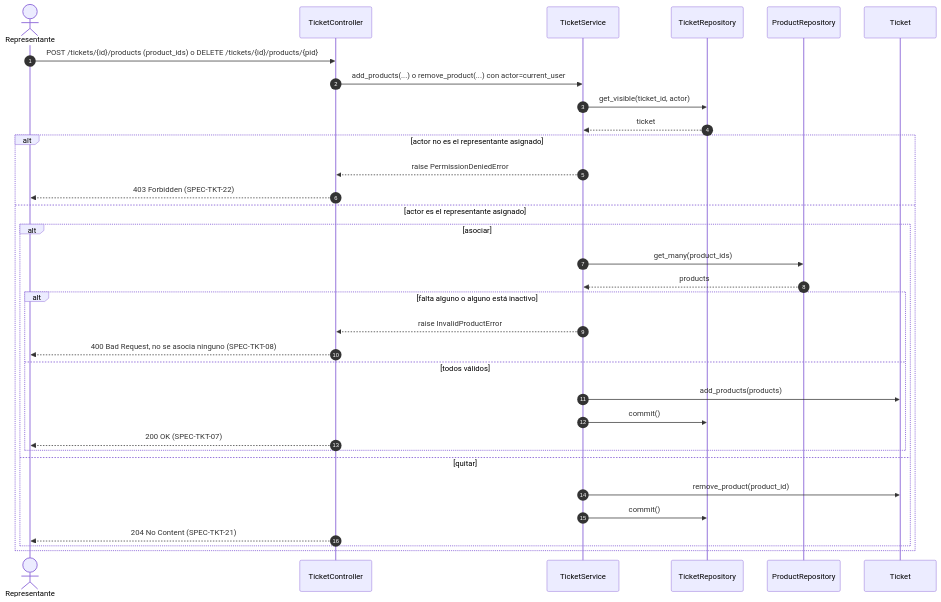
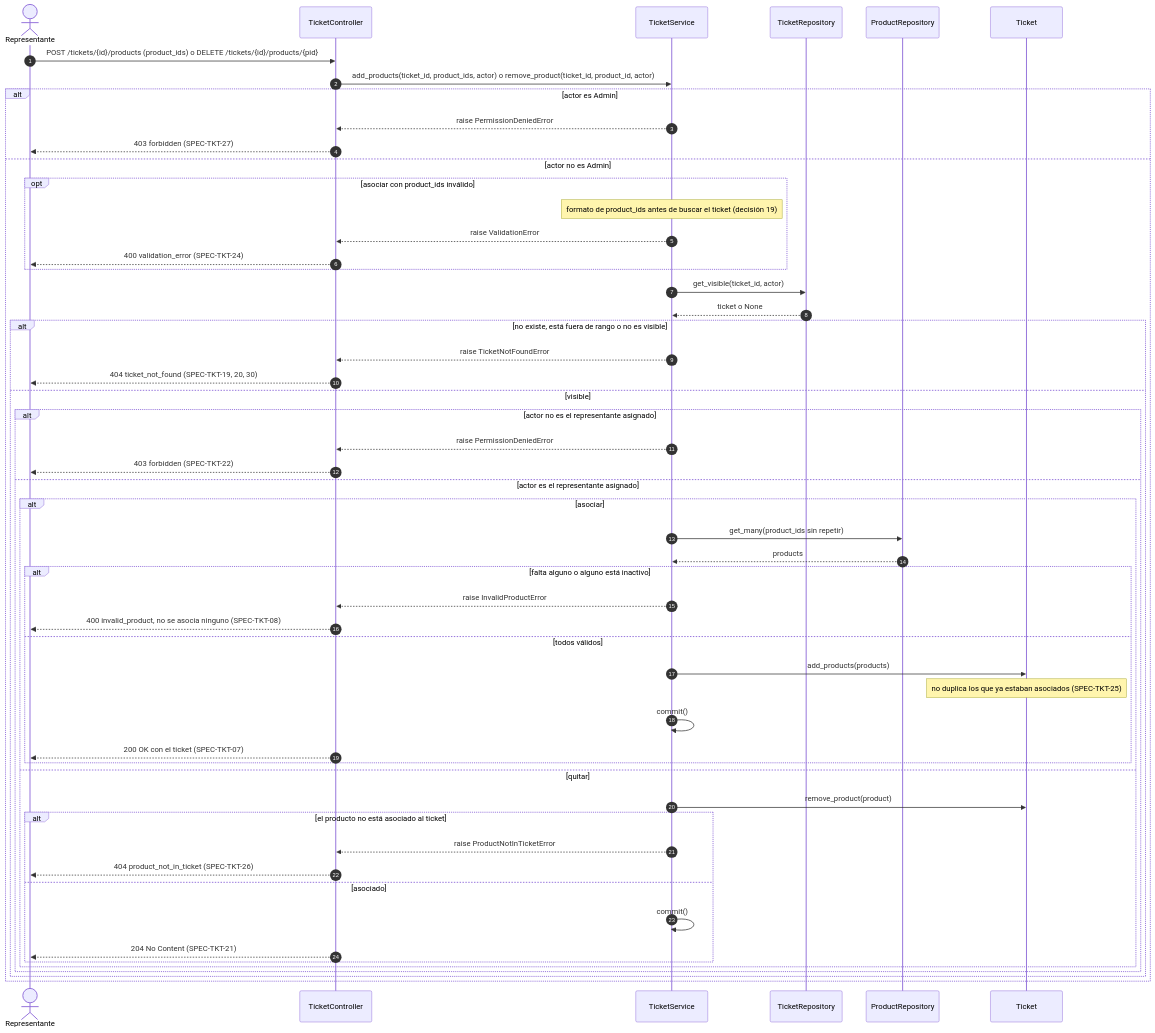
One commit to Diazfe-dev/AyED-III-python-ticket-service changed the fifth of 5 diagrams in diagrams/sequences/04-tickets.md. Above: the diagram before and after it, drawn with Mermaid. The commit also changed other lines of this file and 5 other files, not shown here.

Commit message:
test(ticket): add permission matrix, cross-area deactivation case; docs(diagrams): sync ticket diagrams with the code

````diff
--- a/diagrams/sequences/04-tickets.md
+++ b/diagrams/sequences/04-tickets.md
@@ -170,36 +213,57 @@
 ```mermaid
 sequenceDiagram
     autonumber
     actor Rep as Representante
     participant TC as TicketController
     participant TS as TicketService
     participant TR as TicketRepository
     participant PR as ProductRepository
     participant T as Ticket
 
     Rep->>TC: POST /tickets/{id}/products (product_ids) o DELETE /tickets/{id}/products/{pid}
-    TC->>TS: add_products(...) o remove_product(...) con actor=current_user
-    TS->>TR: get_visible(ticket_id, actor)
-    TR-->>TS: ticket
-    alt actor no es el representante asignado
+    TC->>TS: add_products(ticket_id, product_ids, actor) o remove_product(ticket_id, product_id, actor)
+    alt actor es Admin
         TS-->>TC: raise PermissionDeniedError
-        TC-->>Rep: 403 Forbidden (SPEC-TKT-22)
-    else actor es el representante asignado
-        alt asociar
-            TS->>PR: get_many(product_ids)
-            PR-->>TS: products
-            alt falta alguno o alguno está inactivo
-                TS-->>TC: raise InvalidProductError
-                TC-->>Rep: 400 Bad Request, no se asocia ninguno (SPEC-TKT-08)
-            else todos válidos
-                TS->>T: add_products(products)
-                TS->>TR: commit()
-                TC-->>Rep: 200 OK (SPEC-TKT-07)
+        TC-->>Rep: 403 forbidden (SPEC-TKT-27)
+    else actor no es Admin
+        opt asociar con product_ids inválido
+            Note over TS: formato de product_ids antes de buscar el ticket (decisión 19)
+            TS-->>TC: raise ValidationError
+            TC-->>Rep: 400 validation_error (SPEC-TKT-24)
+        end
+        TS->>TR: get_visible(ticket_id, actor)
+        TR-->>TS: ticket o None
+        alt no existe, está fuera de rango o no es visible
+            TS-->>TC: raise TicketNotFoundError
+            TC-->>Rep: 404 ticket_not_found (SPEC-TKT-19, 20, 30)
+        else visible
+            alt actor no es el representante asignado
+                TS-->>TC: raise PermissionDeniedError
+                TC-->>Rep: 403 forbidden (SPEC-TKT-22)
+            else actor es el representante asignado
+                alt asociar
+                    TS->>PR: get_many(product_ids sin repetir)
+                    PR-->>TS: products
+                    alt falta alguno o alguno está inactivo
+                        TS-->>TC: raise InvalidProductError
+                        TC-->>Rep: 400 invalid_product, no se asocia ninguno (SPEC-TKT-08)
+                    else todos válidos
+                        TS->>T: add_products(products)
+                        Note over T: no duplica los que ya estaban asociados (SPEC-TKT-25)
+                        TS->>TS: commit()
+                        TC-->>Rep: 200 OK con el ticket (SPEC-TKT-07)
+                    end
+                else quitar
+                    TS->>T: remove_product(product)
+                    alt el producto no está asociado al ticket
+                        TS-->>TC: raise ProductNotInTicketError
+                        TC-->>Rep: 404 product_not_in_ticket (SPEC-TKT-26)
+                    else asociado
+                        TS->>TS: commit()
+                        TC-->>Rep: 204 No Content (SPEC-TKT-21)
+                    end
+                end
             end
-        else quitar
-            TS->>T: remove_product(product_id)
-            TS->>TR: commit()
-            TC-->>Rep: 204 No Content (SPEC-TKT-21)
         end
     end
 ```
````
